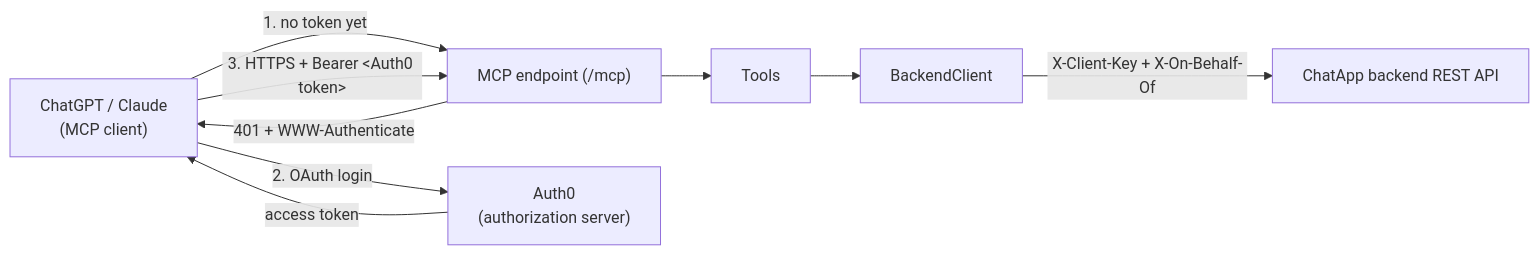
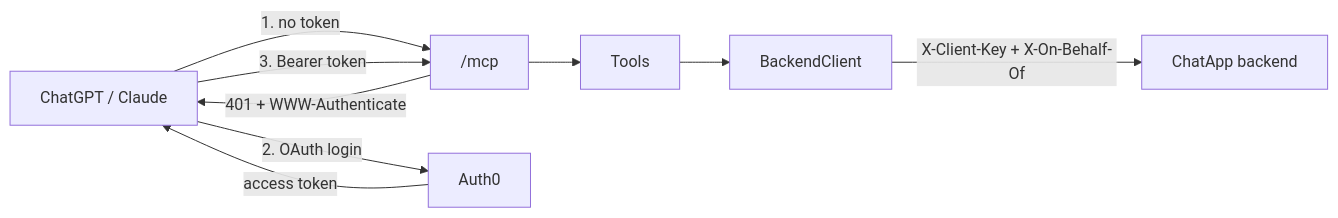
Before and after one commit to phanxuanquang/jetomax-assignment: the diagram in mcp/README.md, drawn with Mermaid. The commit also changed other lines of this file, not shown here.

Commit message:
docs(mcp): tighten README - tables over prose, dedupe gotchas into one Troubleshooting table

````diff
--- a/mcp/README.md
+++ b/mcp/README.md
@@ -7,11 +7,10 @@
 ```mermaid
 flowchart LR
-    Client["ChatGPT / Claude<br/>(MCP client)"] -->|1. no token yet| MCP["MCP endpoint (/mcp)"]
+    Client["ChatGPT / Claude"] -->|1. no token| MCP["/mcp"]
     MCP -->|401 + WWW-Authenticate| Client
-    Client -->|2. OAuth login| Auth0["Auth0<br/>(authorization server)"]
+    Client -->|2. OAuth login| Auth0
     Auth0 -->|access token| Client
-    Client -->|3. HTTPS + Bearer &lt;Auth0 token&gt;| MCP
-    MCP --> Tools["Tools"]
-    Tools --> BC["BackendClient"]
-    BC -->|X-Client-Key + X-On-Behalf-Of| API["ChatApp backend REST API"]
+    Client -->|3. Bearer token| MCP
+    MCP --> Tools --> BC["BackendClient"]
+    BC -->|X-Client-Key + X-On-Behalf-Of| API["ChatApp backend"]
 ```
````
